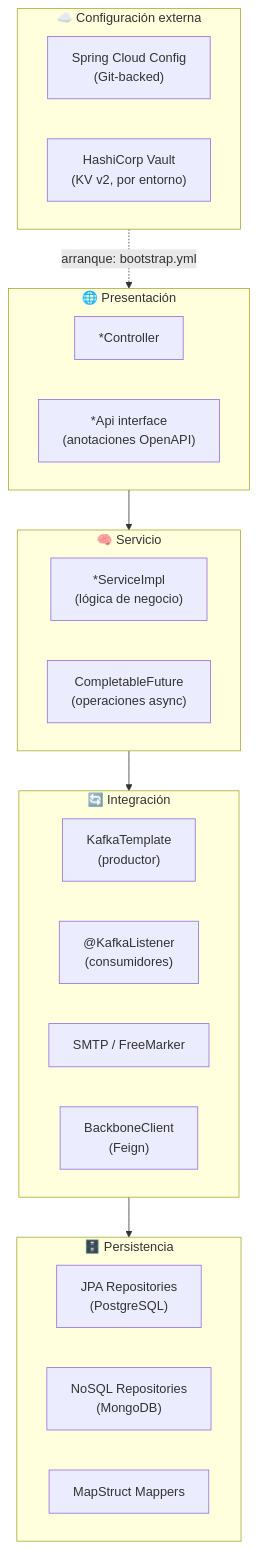
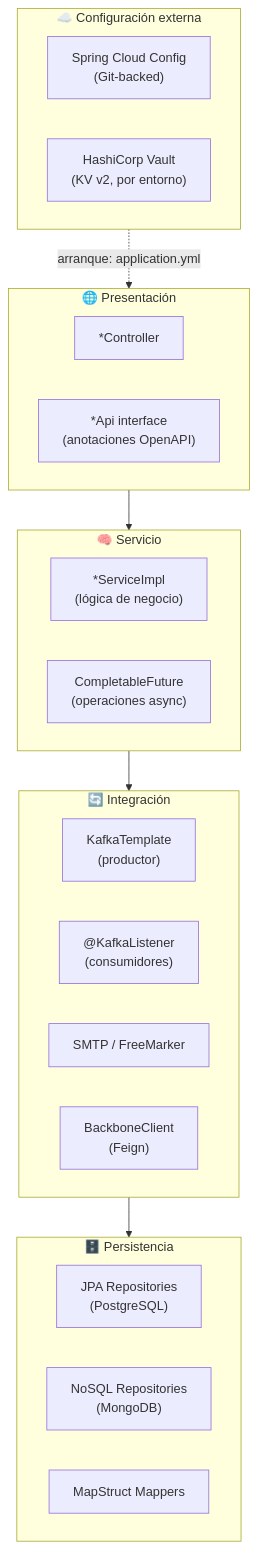
The first of 3 diagrams in docs/tec/es/02-arquitectura.md (um-dev-creative/mercury), drawn with Mermaid before and after one commit. The commit also changed other lines of this file and 20 other files, not shown here.

````diff
--- a/docs/tec/es/02-arquitectura.md
+++ b/docs/tec/es/02-arquitectura.md
@@ -11,38 +11,38 @@
 ```mermaid
 flowchart TB
     subgraph L1["🌐 Presentación"]
         direction LR
         C1["*Controller"]
         C2["*Api interface<br/>(anotaciones OpenAPI)"]
     end
 
     subgraph L2["🧠 Servicio"]
         direction LR
         S1["*ServiceImpl<br/>(lógica de negocio)"]
         S2["CompletableFuture<br/>(operaciones async)"]
     end
 
     subgraph L3["🔄 Integración"]
         direction LR
         K1["KafkaTemplate<br/>(productor)"]
         K2["@KafkaListener<br/>(consumidores)"]
         K3["SMTP / FreeMarker"]
         K4["BackboneClient<br/>(Feign)"]
     end
 
     subgraph L4["🗄️ Persistencia"]
         direction LR
         P1["JPA Repositories<br/>(PostgreSQL)"]
         P2["NoSQL Repositories<br/>(MongoDB)"]
         P3["MapStruct Mappers"]
     end
 
     subgraph L5["☁️ Configuración externa"]
         direction LR
         E1["Spring Cloud Config<br/>(Git-backed)"]
         E2["HashiCorp Vault<br/>(KV v2, por entorno)"]
     end
 
     L1 --> L2 --> L3 --> L4
-    L5 -.->|arranque: bootstrap.yml| L1
+    L5 -.->|arranque: application.yml| L1
 ```
````
